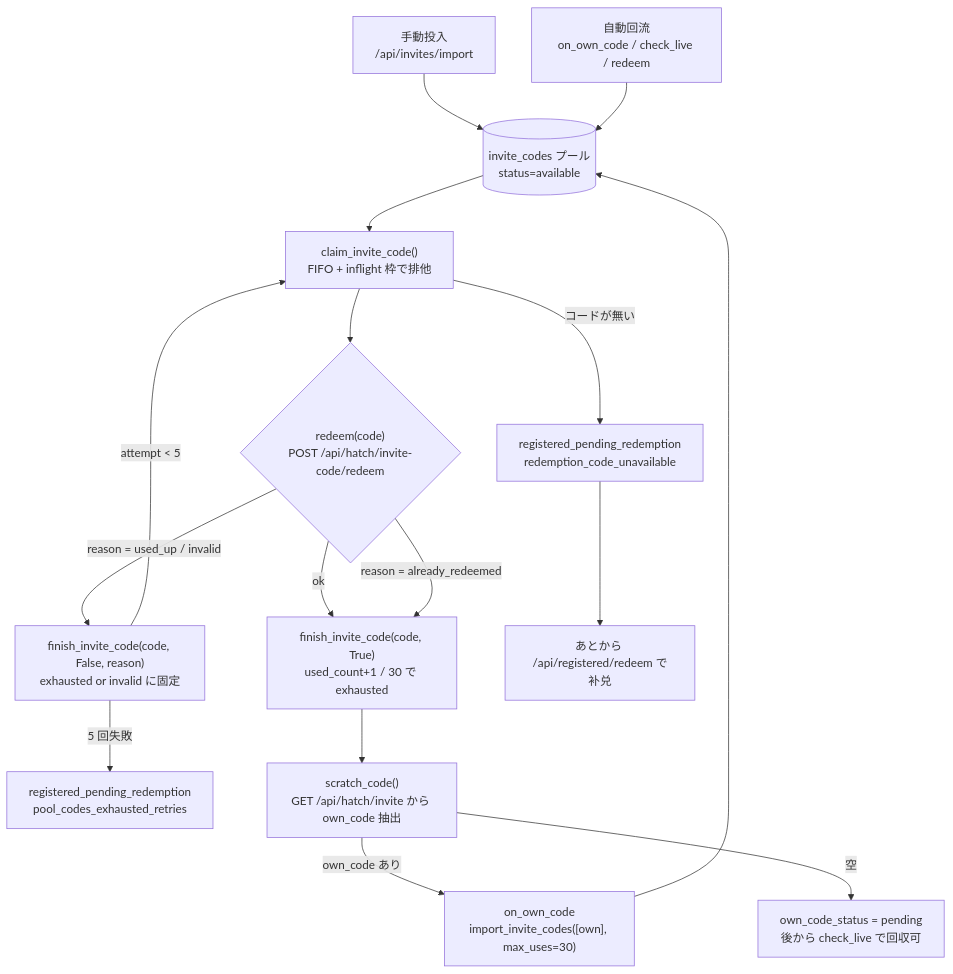
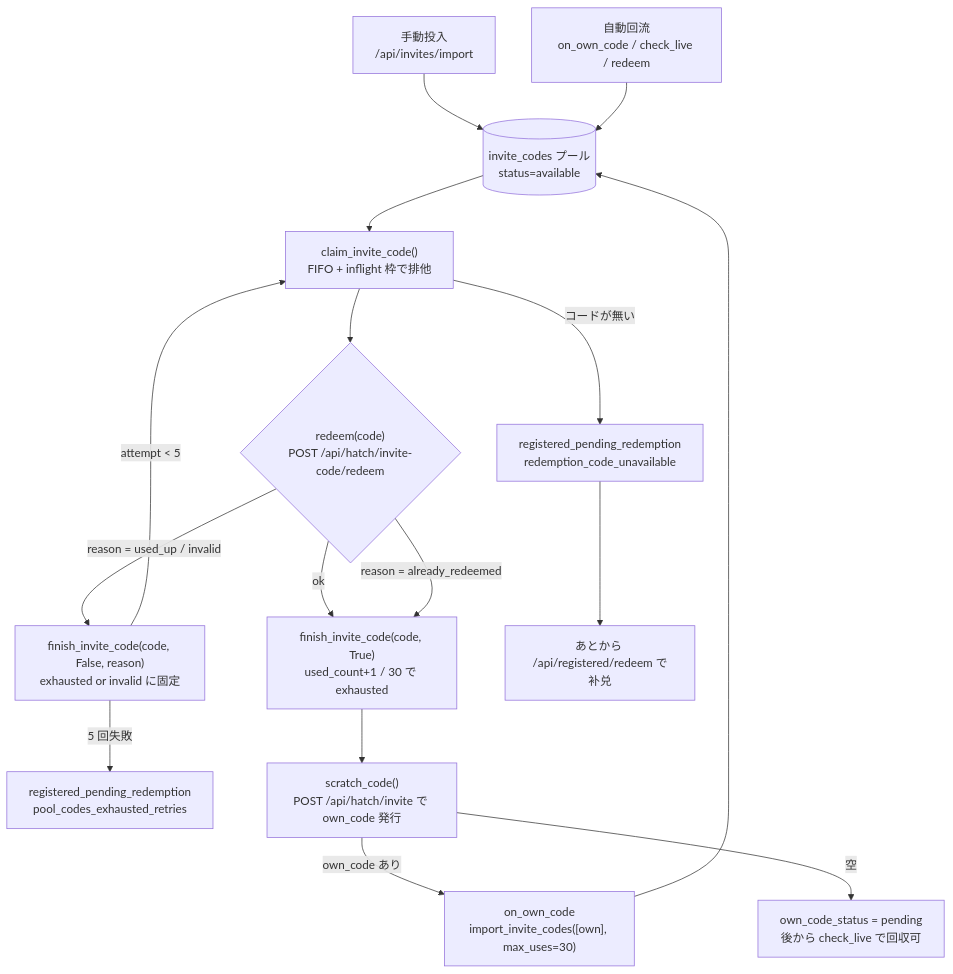
Before and after one commit to Fuwafuwaman/muse-JP-Reg: the diagram in docs/ja/invite-farming.md, drawn with Mermaid. The commit also changed other lines of this file and 7 other files, not shown here.

````diff
--- a/docs/ja/invite-farming.md
+++ b/docs/ja/invite-farming.md
@@ -15,18 +16,18 @@
 ```mermaid
 flowchart TB
     A["手動投入<br/>/api/invites/import"] --> P[("invite_codes プール<br/>status=available")]
     B["自動回流<br/>on_own_code / check_live / redeem"] --> P
     P --> C["claim_invite_code()<br/>FIFO + inflight 枠で排他"]
     C --> D{"redeem(code)<br/>POST /api/hatch/invite-code/redeem"}
     D -->|ok| E["finish_invite_code(code, True)<br/>used_count+1 / 30 で exhausted"]
     D -->|"reason = already_redeemed"| E
     D -->|"reason = used_up / invalid"| F["finish_invite_code(code, False, reason)<br/>exhausted or invalid に固定"]
     F -->|"attempt < 5"| C
     F -->|"5 回失敗"| G["registered_pending_redemption<br/>pool_codes_exhausted_retries"]
-    E --> H["scratch_code()<br/>GET /api/hatch/invite から own_code 抽出"]
+    E --> H["scratch_code()<br/>POST /api/hatch/invite で own_code 発行"]
     H -->|own_code あり| I["on_own_code<br/>import_invite_codes([own], max_uses=30)"]
     I --> P
     H -->|空| J["own_code_status = pending<br/>後から check_live で回収可"]
     C -->|"コードが無い"| K["registered_pending_redemption<br/>redemption_code_unavailable"]
     K --> L["あとから /api/registered/redeem で补兑"]
 ```
````
